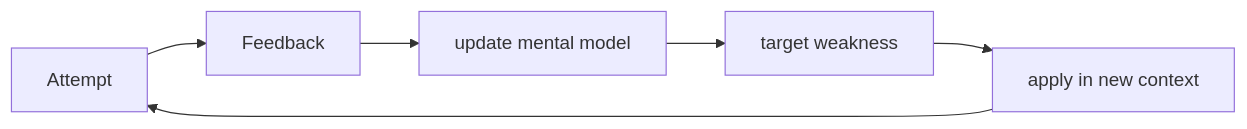
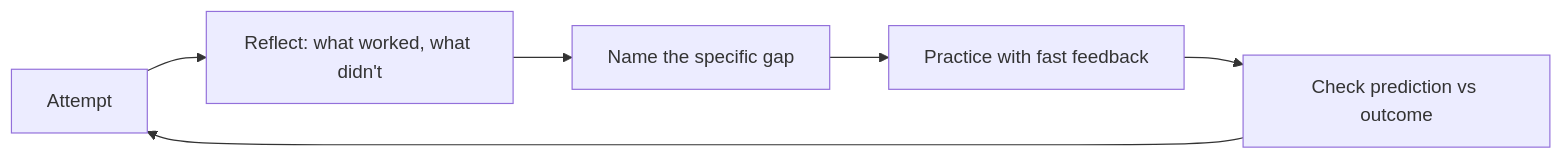
The second of 2 diagrams in craftsmanship/engineering-thinking/10-metacognition-and-learning/README.md (flynn3103/engineer-knowledge), drawn with Mermaid before and after one commit. The commit also changed other lines of this file and 41 other files, not shown here.

````diff
--- a/craftsmanship/engineering-thinking/10-metacognition-and-learning/README.md
+++ b/craftsmanship/engineering-thinking/10-metacognition-and-learning/README.md
@@ -12,8 +12,8 @@
 ```mermaid
 flowchart LR
-    Attempt --> Feedback
-    Feedback --> Model[update mental model]
-    Model --> Practice[target weakness]
-    Practice --> Transfer[apply in new context]
-    Transfer --> Attempt
+    Attempt --> Reflect[Reflect: what worked, what didn't]
+    Reflect --> Gap[Name the specific gap]
+    Gap --> Practice[Practice with fast feedback]
+    Practice --> Calibrate[Check prediction vs outcome]
+    Calibrate --> Attempt
 ```
````
